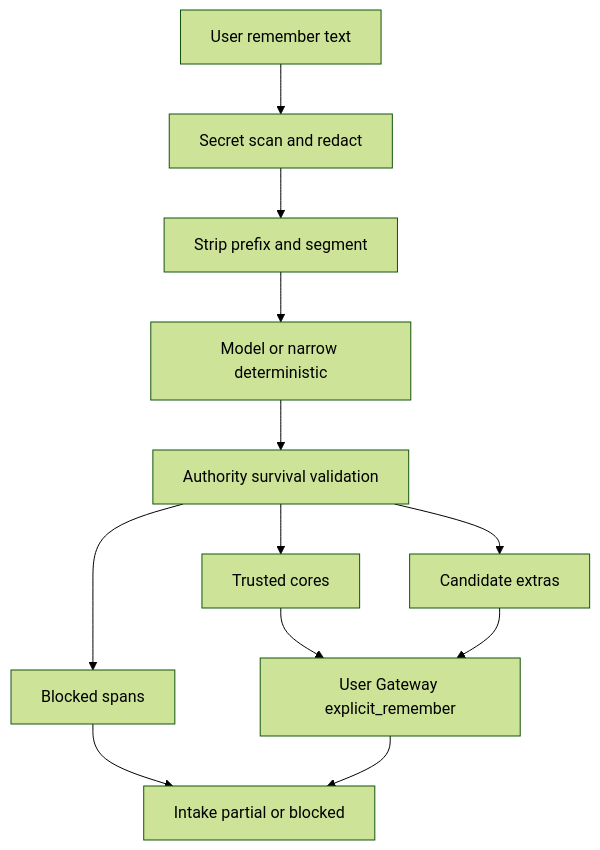
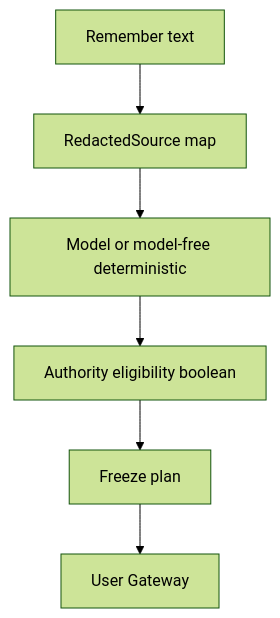
The second of 12 diagrams in docs/memory-system/10-memory-processing-design.md (NicolVii/ContextVault), drawn with Mermaid (forest theme) before and after one commit. The commit also changed other lines of this file, not shown here.

First line of the commit message:
docs: correct Stage 10 processing freeze and authority contracts

````diff
--- a/docs/memory-system/10-memory-processing-design.md
+++ b/docs/memory-system/10-memory-processing-design.md
@@ -1539,14 +1174,8 @@
 ```mermaid
 flowchart TD
-  U[User remember text] --> PF[Secret scan and redact]
-  PF --> ND[Strip prefix and segment]
-  ND --> EX[Model or narrow deterministic]
-  EX --> AV[Authority survival validation]
-  AV --> CORE[Trusted cores]
-  AV --> EXTRA[Candidate extras]
-  AV --> BLK[Blocked spans]
-  CORE --> GW[User Gateway explicit_remember]
-  EXTRA --> GW
-  BLK --> ID[Intake partial or blocked]
-  GW --> ID
+  U[Remember text] --> RS[RedactedSource map]
+  RS --> EX[Model or model-free deterministic]
+  EX --> AV[Authority eligibility boolean]
+  AV --> FZ[Freeze plan]
+  FZ --> GW[User Gateway]
 ```
````
